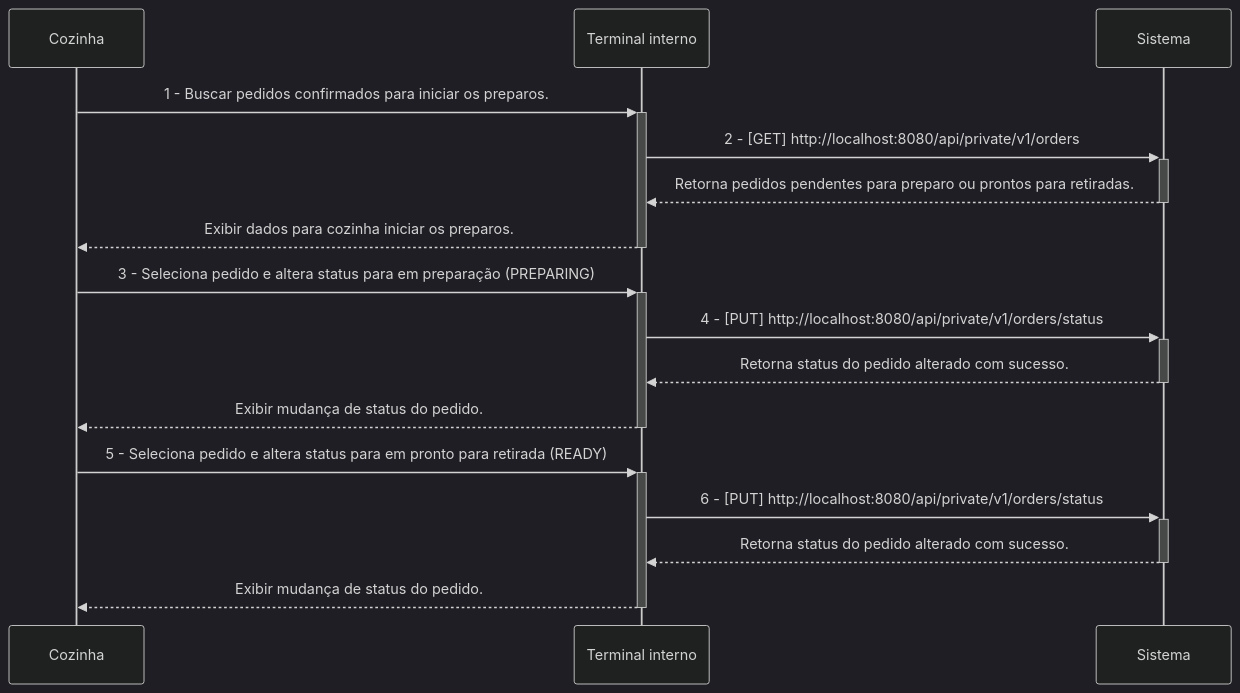
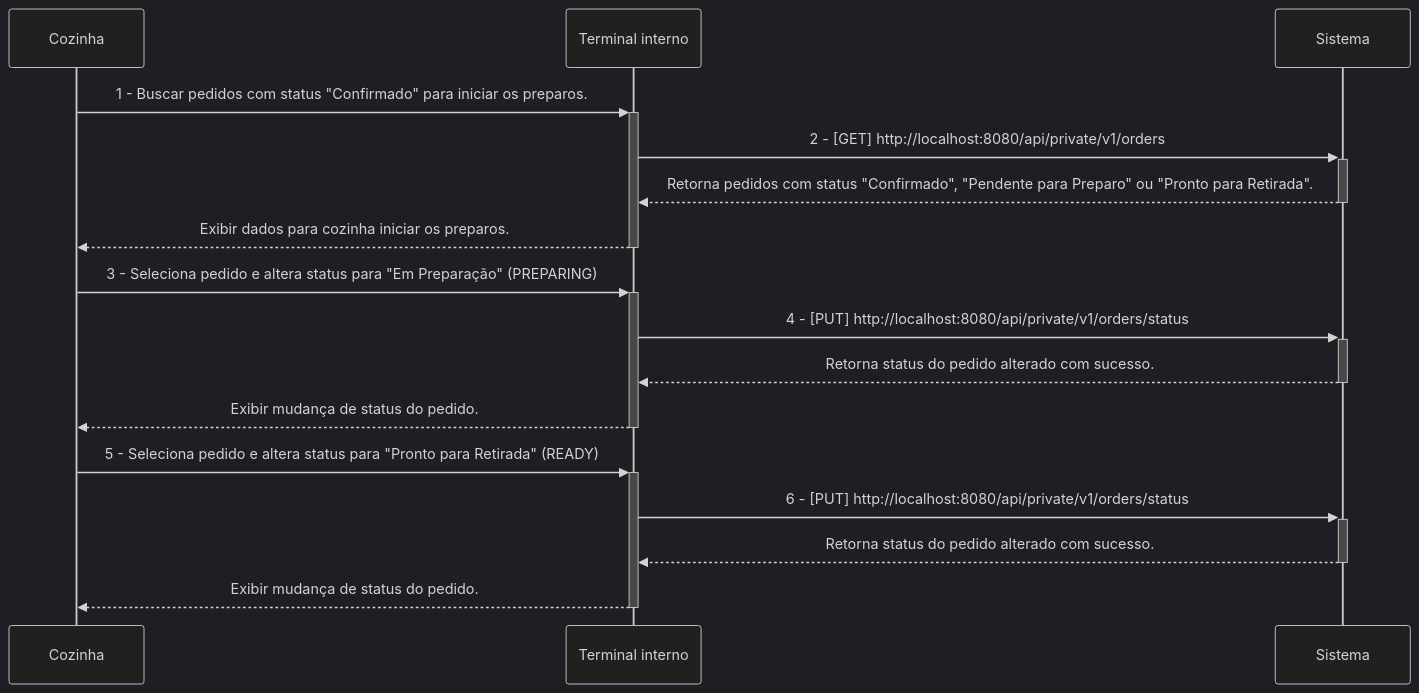
The third of 4 diagrams in README.md (fiap-8soat-tc-one/tc-backend), drawn with Mermaid (dark theme) before and after one commit. The commit also changed other lines of this file and 1 other file, not shown here.

Commit message:
fix readme and listOrders also returning CONFIRMED status.

````diff
--- a/README.md
+++ b/README.md
@@ -131,16 +131,16 @@
 ```mermaid
 sequenceDiagram
-    Cozinha->>+Terminal interno: 1 - Buscar pedidos confirmados para iniciar os preparos.
+    Cozinha->>+Terminal interno: 1 - Buscar pedidos com status "Confirmado" para iniciar os preparos.
     Terminal interno->>+Sistema: 2 - [GET] http://localhost:8080/api/private/v1/orders
-    Sistema-->>-Terminal interno: Retorna pedidos pendentes para preparo ou prontos para retiradas.
+    Sistema-->>-Terminal interno: Retorna pedidos com status "Confirmado", "Pendente para Preparo" ou "Pronto para Retirada".
     Terminal interno-->>-Cozinha: Exibir dados para cozinha iniciar os preparos.
 
-    Cozinha->>+Terminal interno: 3 - Seleciona pedido e altera status para em preparação (PREPARING)
+    Cozinha->>+Terminal interno: 3 - Seleciona pedido e altera status para "Em Preparação" (PREPARING)
     Terminal interno->>+Sistema: 4 - [PUT] http://localhost:8080/api/private/v1/orders/status
     Sistema-->>-Terminal interno: Retorna status do pedido alterado com sucesso.
     Terminal interno-->>-Cozinha: Exibir mudança de status do pedido.
-    Cozinha->>+Terminal interno: 5 - Seleciona pedido e altera status para em pronto para retirada (READY)
+    Cozinha->>+Terminal interno: 5 - Seleciona pedido e altera status para "Pronto para Retirada" (READY)
     Terminal interno->>+Sistema: 6 - [PUT] http://localhost:8080/api/private/v1/orders/status
     Sistema-->>-Terminal interno: Retorna status do pedido alterado com sucesso.
     Terminal interno-->>-Cozinha: Exibir mudança de status do pedido.
 ```
````
